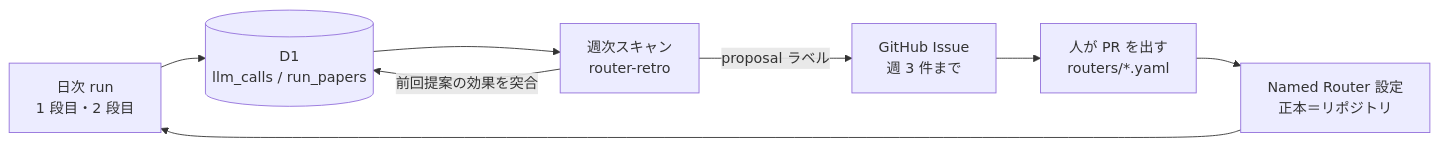
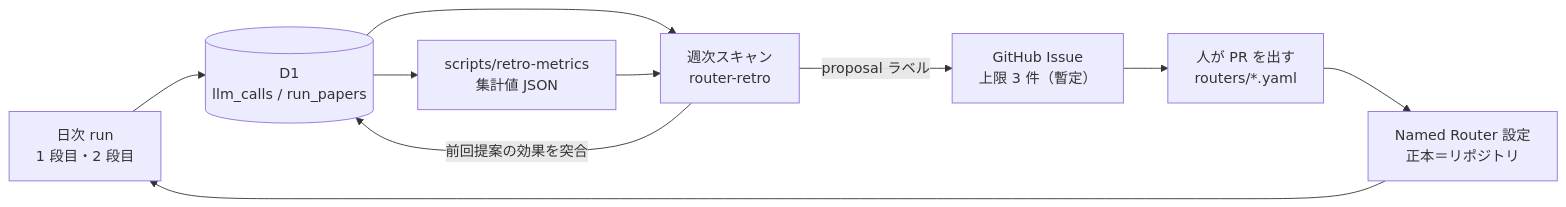
Before and after one commit to uzak0209/AI-Research: the fifth of 5 diagrams in docs/adr/0005-cloud-trend-survey-model-tiering.md, drawn with Mermaid. The commit also changed other lines of this file and 2 other files, not shown here.

````diff
--- a/docs/adr/0005-cloud-trend-survey-model-tiering.md
+++ b/docs/adr/0005-cloud-trend-survey-model-tiering.md
@@ -392,10 +398,12 @@
 ```mermaid
 flowchart LR
     run["日次 run<br/>1 段目・2 段目"] --> d1[("D1<br/>llm_calls / run_papers")]
     d1 --> scan["週次スキャン<br/>router-retro"]
-    scan -->|"proposal ラベル"| iss["GitHub Issue<br/>週 3 件まで"]
+    d1 --> mx["scripts/retro-metrics<br/>集計値 JSON"]
+    mx --> scan
+    scan -->|"proposal ラベル"| iss["GitHub Issue<br/>上限 3 件（暫定）"]
     iss --> pr["人が PR を出す<br/>routers/*.yaml"]
     pr --> cfg["Named Router 設定<br/>正本＝リポジトリ"]
     cfg --> run
     scan -->|"前回提案の効果を突合"| d1
 ```
````
